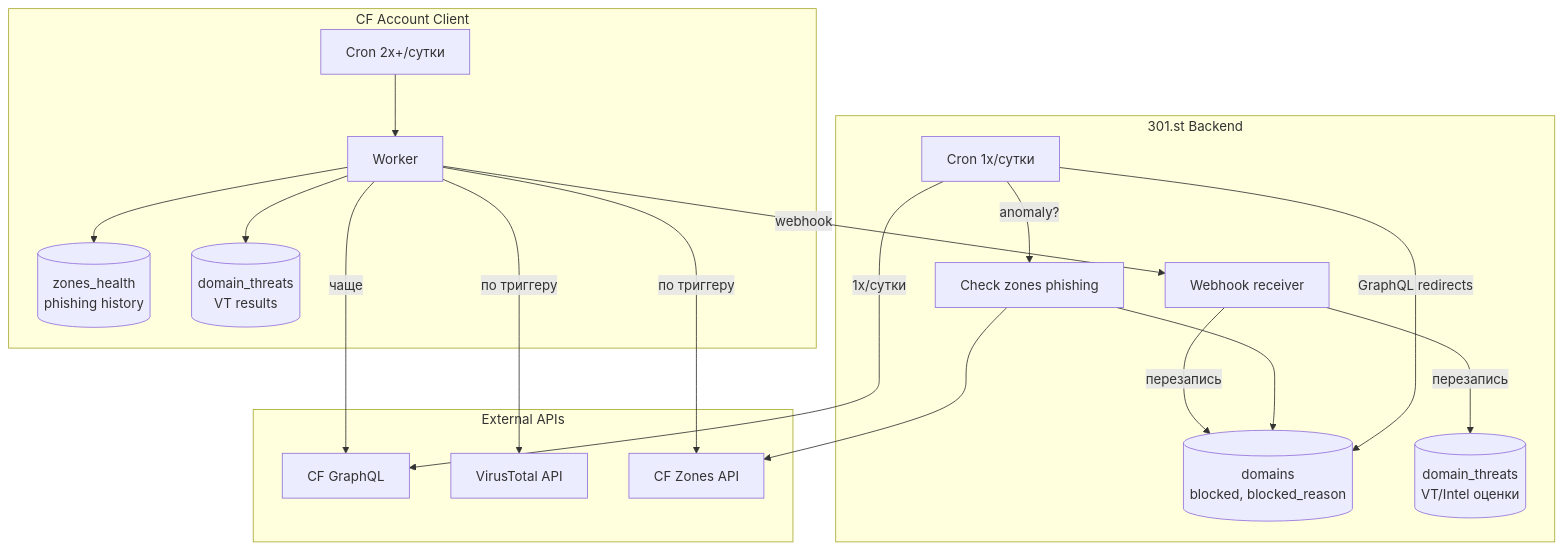
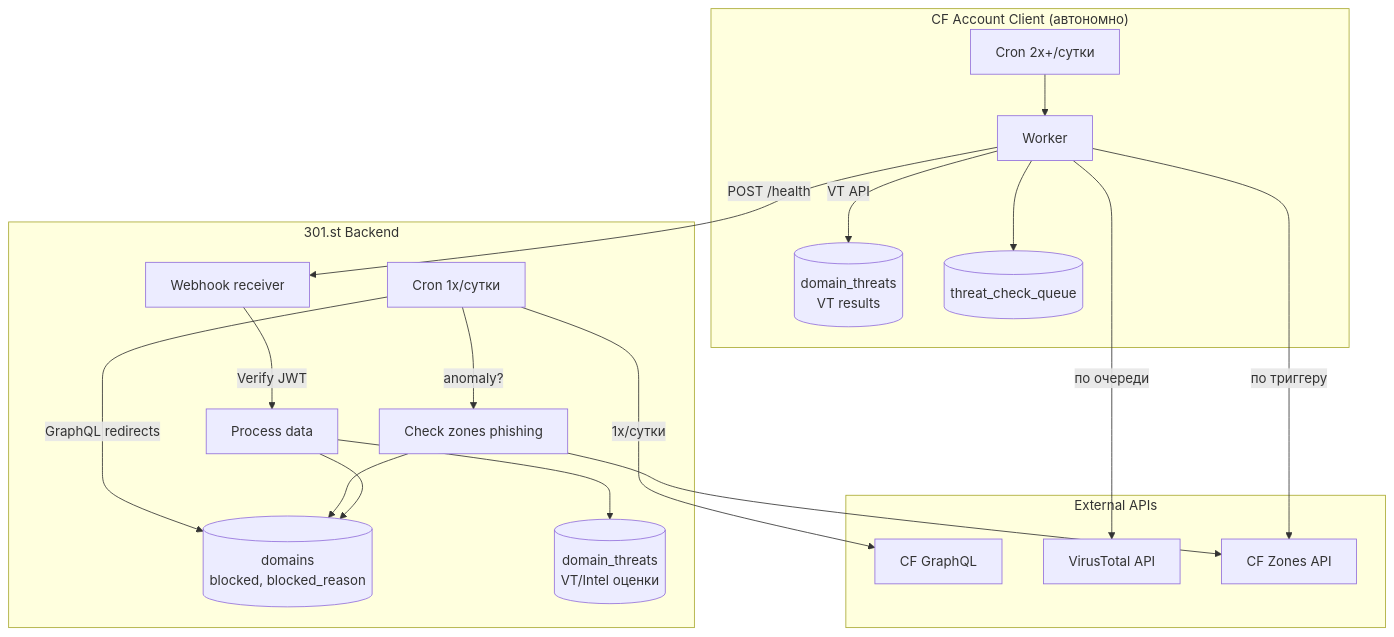
The first of 3 diagrams in wiki/Health_Check.md (admin310st/301), drawn with Mermaid before and after one commit. The commit also changed other lines of this file and 1 other file, not shown here.

````diff
--- a/wiki/Health_Check.md
+++ b/wiki/Health_Check.md
@@ -99,39 +26,39 @@
 ```mermaid
 flowchart TB
     subgraph "301.st Backend"
         POLL[Cron 1x/сутки]
         WH[Webhook receiver]
         DOM[(domains<br>blocked, blocked_reason)]
         THR[(domain_threats<br>VT/Intel оценки)]
-        
+
         POLL -->|GraphQL redirects| DOM
         POLL -->|anomaly?| ZONES_CHECK[Check zones phishing]
         ZONES_CHECK --> DOM
-        WH -->|перезапись| DOM
-        WH -->|перезапись| THR
+        WH -->|Verify JWT| PROCESS[Process data]
+        PROCESS --> DOM
+        PROCESS --> THR
     end
-    
-    subgraph "CF Account Client"
-        ZH[(zones_health<br>phishing history)]
+
+    subgraph "CF Account Client (автономно)"
         DT[(domain_threats<br>VT results)]
+        Q[(threat_check_queue)]
         W[Worker]
         CR[Cron 2x+/сутки]
-        
+
         CR --> W
-        W --> ZH
-        W --> DT
-        W -->|webhook| WH
+        W --> Q
+        W -->|VT API| DT
+        W -->|POST /health| WH
     end
-    
+
     subgraph "External APIs"
         GQL[CF GraphQL]
         VT[VirusTotal API]
         ZONES[CF Zones API]
     end
-    
+
     POLL -->|1x/сутки| GQL
     ZONES_CHECK --> ZONES
-    W -->|чаще| GQL
-    W -->|по триггеру| VT
+    W -->|по очереди| VT
     W -->|по триггеру| ZONES
 ```
````
